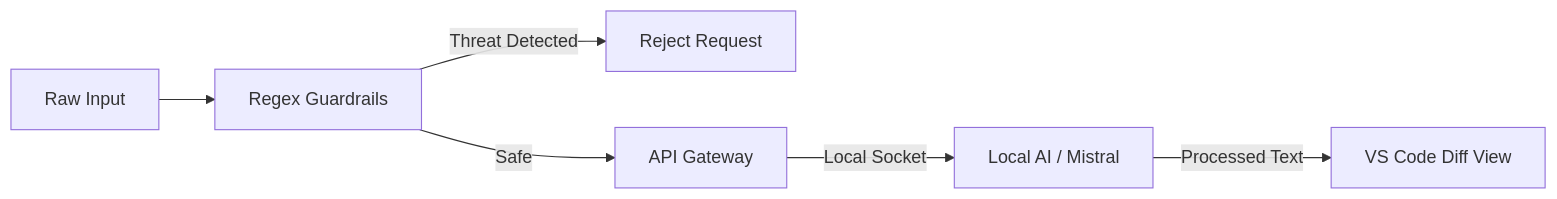
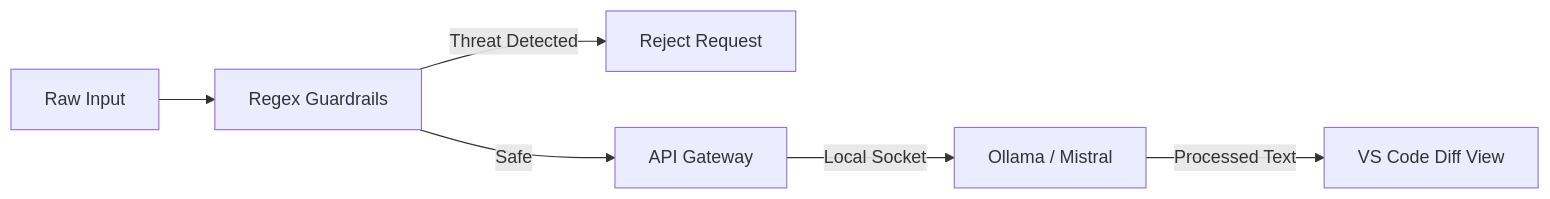
Before and after one commit to DanielWarg/dot-bridge-vscode: the diagram in README.md, drawn with Mermaid. The commit also changed other lines of this file and 16 other files, not shown here.

````diff
--- a/README.md
+++ b/README.md
@@ -139,8 +139,8 @@
 ```mermaid
 graph LR
     Input[Raw Input] --> Sanitizer[Regex Guardrails];
     Sanitizer -- Threat Detected --> Block[Reject Request];
     Sanitizer -- Safe --> Gateway[API Gateway];
-    Gateway -->|Local Socket| LLM[Local AI / Mistral];
+    Gateway -->|Local Socket| LLM[Ollama / Mistral];
     LLM -->|Processed Text| Output[VS Code Diff View];
 ```
````
